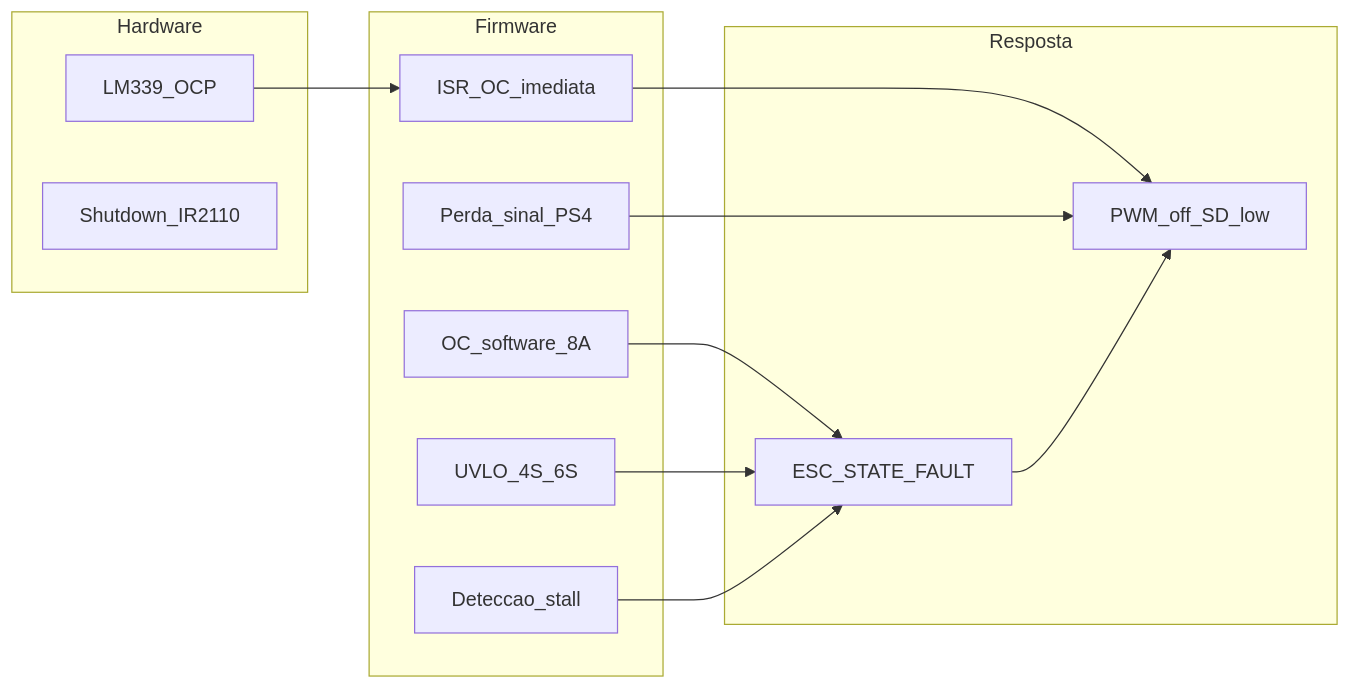
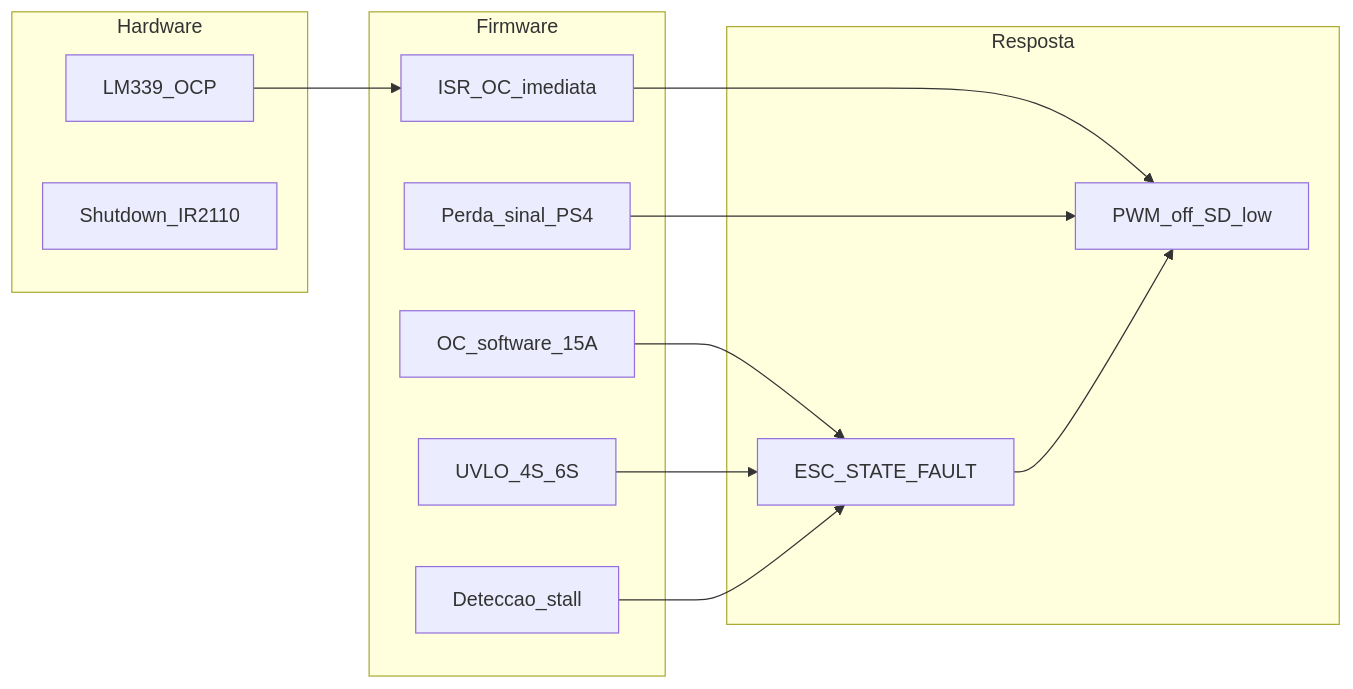
Before and after one commit to enzolfernandes/esp32-bldc-esc: the third of 3 diagrams in Firmware/DOCUMENTACAO_PROGRAMACAO.md, drawn with Mermaid. The commit also changed other lines of this file and 50 other files, not shown here.

````diff
--- a/Firmware/DOCUMENTACAO_PROGRAMACAO.md
+++ b/Firmware/DOCUMENTACAO_PROGRAMACAO.md
@@ -895,24 +960,24 @@
 ```mermaid
 flowchart LR
     subgraph hw [Hardware]
         LM339[LM339_OCP]
         SD[Shutdown_IR2110]
     end
     subgraph fw [Firmware]
         ISR[ISR_OC_imediata]
-        SW_OC[OC_software_8A]
+        SW_OC[OC_software_15A]
         UVLO[UVLO_4S_6S]
         STALL[Deteccao_stall]
         BT[Perda_sinal_PS4]
     end
     subgraph fsm [Resposta]
         FAULT[ESC_STATE_FAULT]
         DISARM[PWM_off_SD_low]
     end
     LM339 --> ISR --> DISARM
     SW_OC --> FAULT
     UVLO --> FAULT
     STALL --> FAULT
     BT --> DISARM
     FAULT --> DISARM
 ```
````
